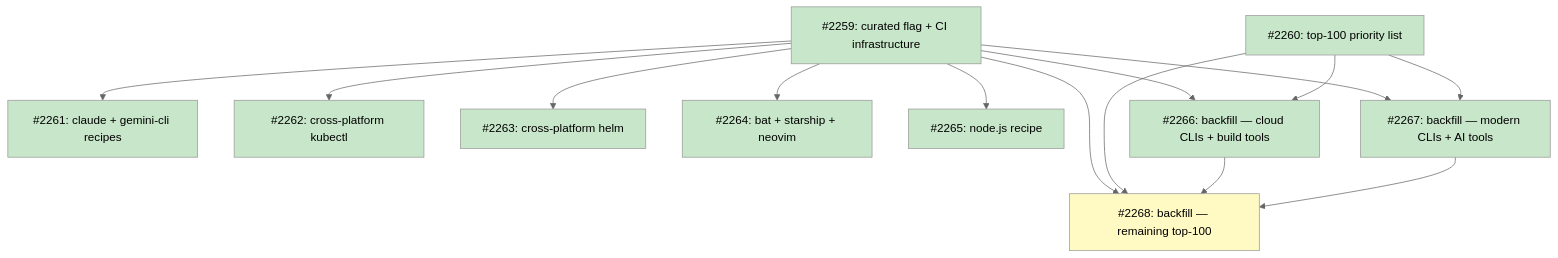
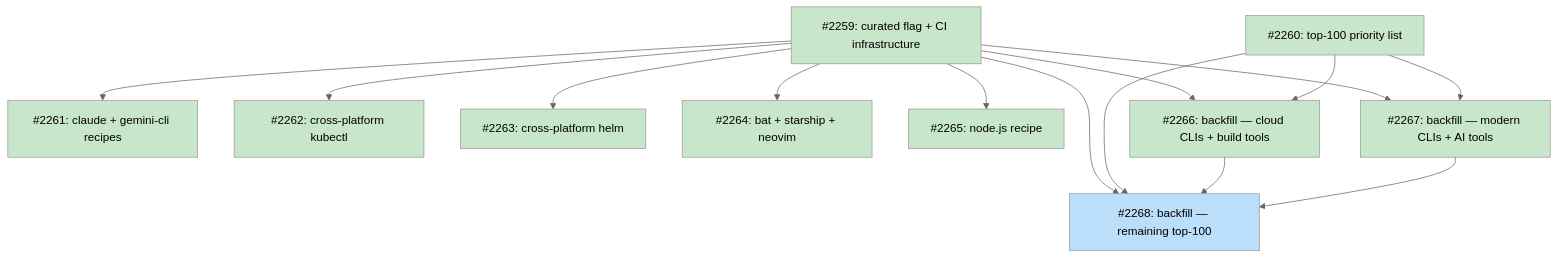
The diagram in docs/designs/DESIGN-curated-recipes.md (tsukumogami/tsuku), drawn with Mermaid (neutral theme) before and after one commit. The commit also changed 1 other file, not shown here.

Commit message:
chore(docs): update diagram class for #2268 from blocked to ready
All blocking dependencies (#2259, #2260, #2266, #2267) are now merged,
so #2268 is ready rather than blocked.

````diff
--- a/docs/designs/DESIGN-curated-recipes.md
+++ b/docs/designs/DESIGN-curated-recipes.md
@@ -649,34 +649,34 @@
 ```mermaid
 graph TD
     I2259["#2259: curated flag + CI infrastructure"]
     I2260["#2260: top-100 priority list"]
     I2261["#2261: claude + gemini-cli recipes"]
     I2262["#2262: cross-platform kubectl"]
     I2263["#2263: cross-platform helm"]
     I2264["#2264: bat + starship + neovim"]
     I2265["#2265: node.js recipe"]
     I2266["#2266: backfill — cloud CLIs + build tools"]
     I2267["#2267: backfill — modern CLIs + AI tools"]
     I2268["#2268: backfill — remaining top-100"]
 
     I2259 --> I2261
     I2259 --> I2262
     I2259 --> I2263
     I2259 --> I2264
     I2259 --> I2265
     I2259 --> I2266
     I2259 --> I2267
     I2259 --> I2268
     I2260 --> I2266
     I2260 --> I2267
     I2260 --> I2268
     I2266 --> I2268
     I2267 --> I2268
 
     classDef done fill:#c8e6c9
     classDef ready fill:#bbdefb
     classDef blocked fill:#fff9c4
 
     class I2259,I2260,I2261,I2262,I2263,I2264,I2265,I2266,I2267 done
-    class I2268 blocked
+    class I2268 ready
 ```
````
